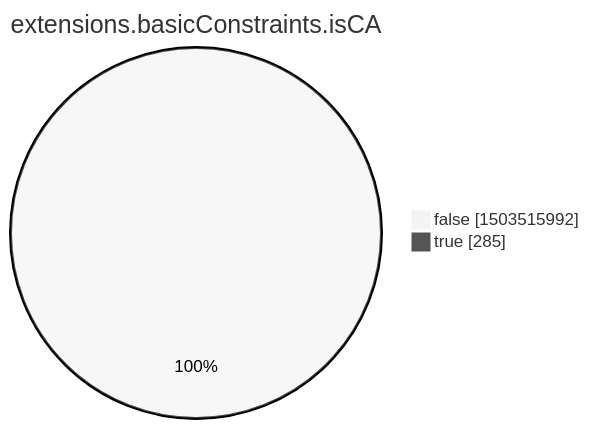
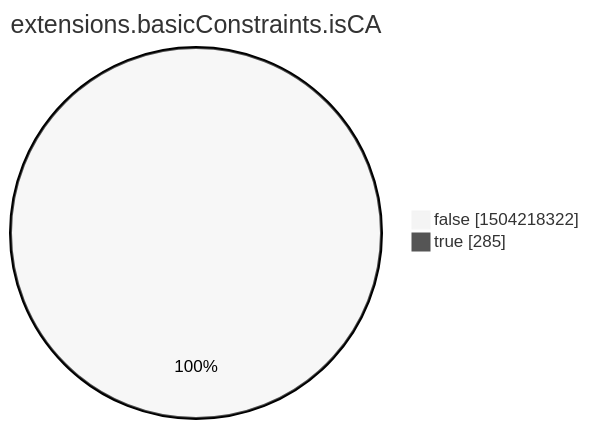
The eighth of 15 diagrams in xenon2022/README.md (christiankrug/ctmonitor_visualization), drawn with Mermaid (neutral theme) before and after one commit. The commit also changed other lines of this file, not shown here.

````diff
--- a/xenon2022/README.md
+++ b/xenon2022/README.md
@@ -2854,6 +2854,6 @@
 ```mermaid
 pie showData
 title extensions.basicConstraints.isCA
-"false" :1503515992
+"false" :1504218322
 "true" :285
 ```
````
